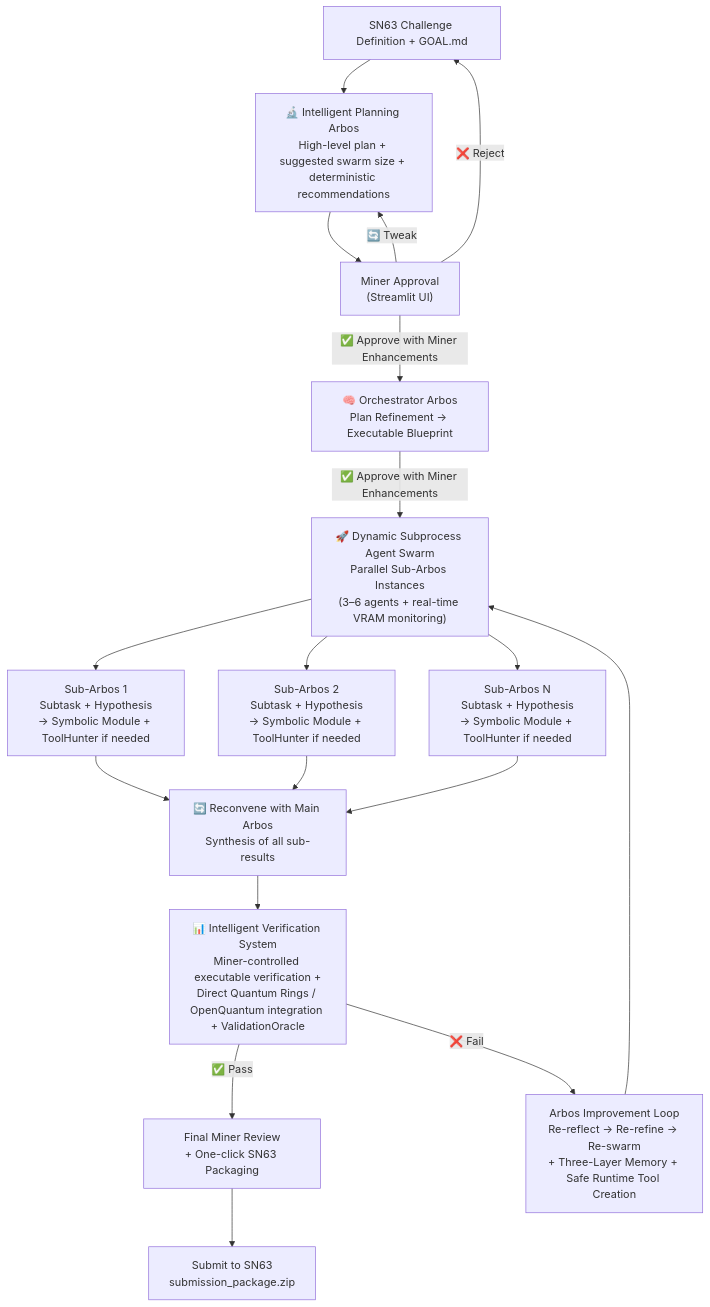
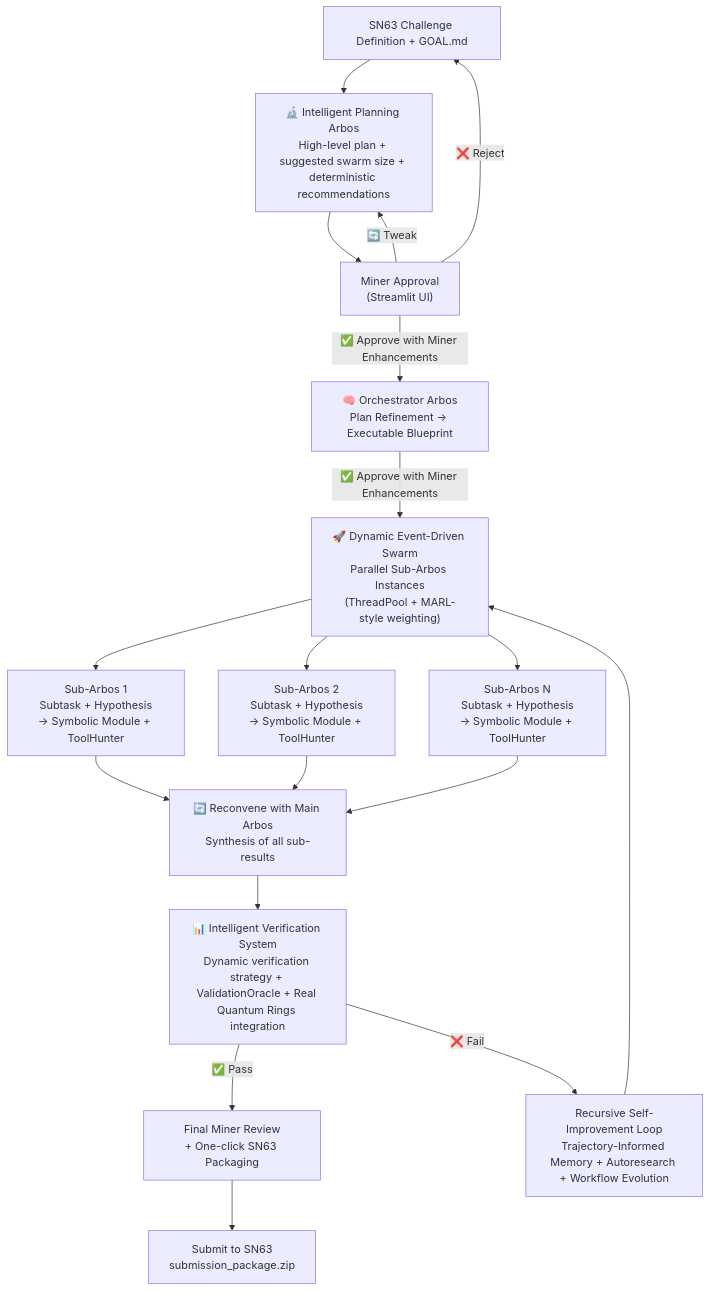
One commit to jbequ5/Enigma-Machine-Miner changed the diagram in README.md. Above: the diagram before and after it, drawn with Mermaid. The commit also changed other lines of this file, not shown here.

````diff
--- a/README.md
+++ b/README.md
@@ -11,27 +23,27 @@
 ```mermaid
 flowchart TD
     A["SN63 Challenge Definition + GOAL.md"] 
     --> B["🔬 Intelligent Planning Arbos<br/>High-level plan + suggested swarm size + deterministic recommendations"]
 
     B --> C["Miner Approval<br/>(Streamlit UI)"]
     C -->|"✅ Approve with Miner Enhancements"| D["🧠 Orchestrator Arbos<br/>Plan Refinement → Executable Blueprint"]
     C -->|"🔄 Tweak"| B
     C -->|"❌ Reject"| A
 
-    D -->|"✅ Approve with Miner Enhancements"| E["🚀 Dynamic Subprocess Agent Swarm<br/>Parallel Sub-Arbos Instances<br/>(3–6 agents + real-time VRAM monitoring)"]
+    D -->|"✅ Approve with Miner Enhancements"| E["🚀 Dynamic Event-Driven Swarm<br/>Parallel Sub-Arbos Instances<br/>(ThreadPool + MARL-style weighting)"]
 
-    E --> F1["Sub-Arbos 1<br/>Subtask + Hypothesis<br/>→ Symbolic Module + ToolHunter if needed"]
-    E --> F2["Sub-Arbos 2<br/>Subtask + Hypothesis<br/>→ Symbolic Module + ToolHunter if needed"]
-    E --> FN["Sub-Arbos N<br/>Subtask + Hypothesis<br/>→ Symbolic Module + ToolHunter if needed"]
+    E --> F1["Sub-Arbos 1<br/>Subtask + Hypothesis<br/>→ Symbolic Module + ToolHunter"]
+    E --> F2["Sub-Arbos 2<br/>Subtask + Hypothesis<br/>→ Symbolic Module + ToolHunter"]
+    E --> FN["Sub-Arbos N<br/>Subtask + Hypothesis<br/>→ Symbolic Module + ToolHunter"]
 
     F1 & F2 & FN --> G["🔄 Reconvene with Main Arbos<br/>Synthesis of all sub-results"]
 
-    G --> H["📊 Intelligent Verification System<br/>Miner-controlled executable verification +<br/>Direct Quantum Rings / OpenQuantum integration + ValidationOracle"]
+    G --> H["📊 Intelligent Verification System<br/>Dynamic verification strategy + ValidationOracle + Real Quantum Rings integration"]
 
     H -->|"✅ Pass"| I["Final Miner Review<br/>+ One-click SN63 Packaging"]
-    H -->|"❌ Fail"| J["Arbos Improvement Loop<br/>Re-reflect → Re-refine → Re-swarm<br/>+ Three-Layer Memory + Safe Runtime Tool Creation"]
+    H -->|"❌ Fail"| J["Recursive Self-Improvement Loop<br/>Trajectory-Informed Memory + Autoresearch + Workflow Evolution"]
 
     J --> E
 
     I --> K["Submit to SN63<br/>submission_package.zip"]
 ```
````
